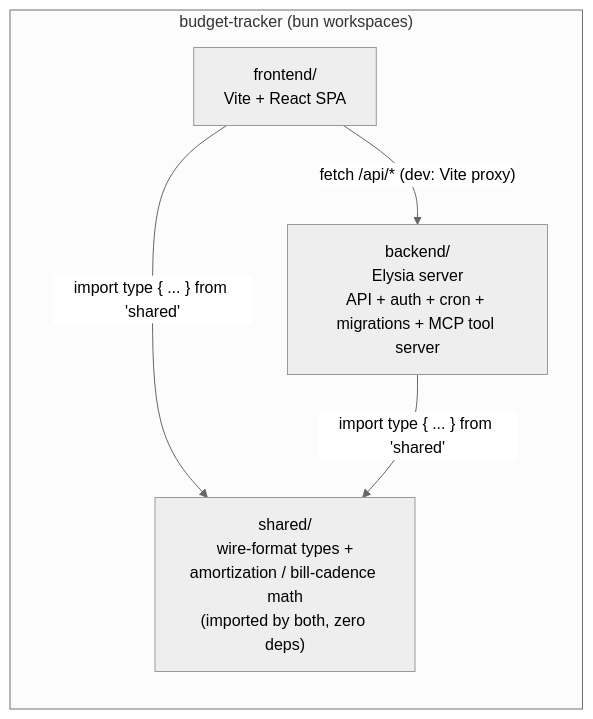
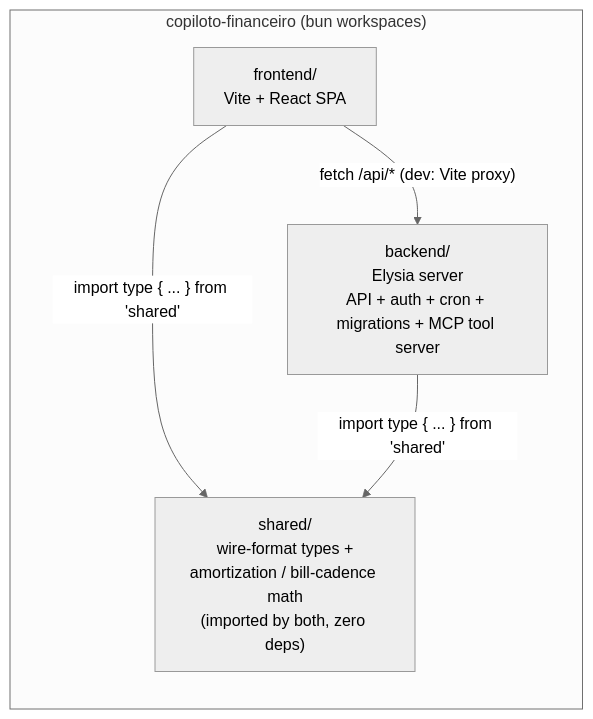
One commit to Botelho31/copiloto-financeiro changed the first of 7 diagrams in ARCHITECTURE.md. Above: the diagram before and after it, drawn with Mermaid (neutral theme). The commit also changed 9 other files, not shown here.

First line of the commit message:
Rename to Copiloto Financeiro, rewrite philosophy, add PT-BR README

````diff
--- a/ARCHITECTURE.md
+++ b/ARCHITECTURE.md
@@ -15,12 +15,12 @@
 ```mermaid
 flowchart LR
-    subgraph repo["budget-tracker (bun workspaces)"]
+    subgraph repo["copiloto-financeiro (bun workspaces)"]
         shared["shared/<br>wire-format types +<br>amortization / bill-cadence math<br>(imported by both, zero deps)"]
         backend["backend/<br>Elysia server<br>API + auth + cron + migrations + MCP tool server"]
         frontend["frontend/<br>Vite + React SPA"]
     end
 
     frontend -- "import type { ... } from 'shared'" --> shared
     backend -- "import type { ... } from 'shared'" --> shared
     frontend -- "fetch /api/* (dev: Vite proxy)" --> backend
 ```
````
